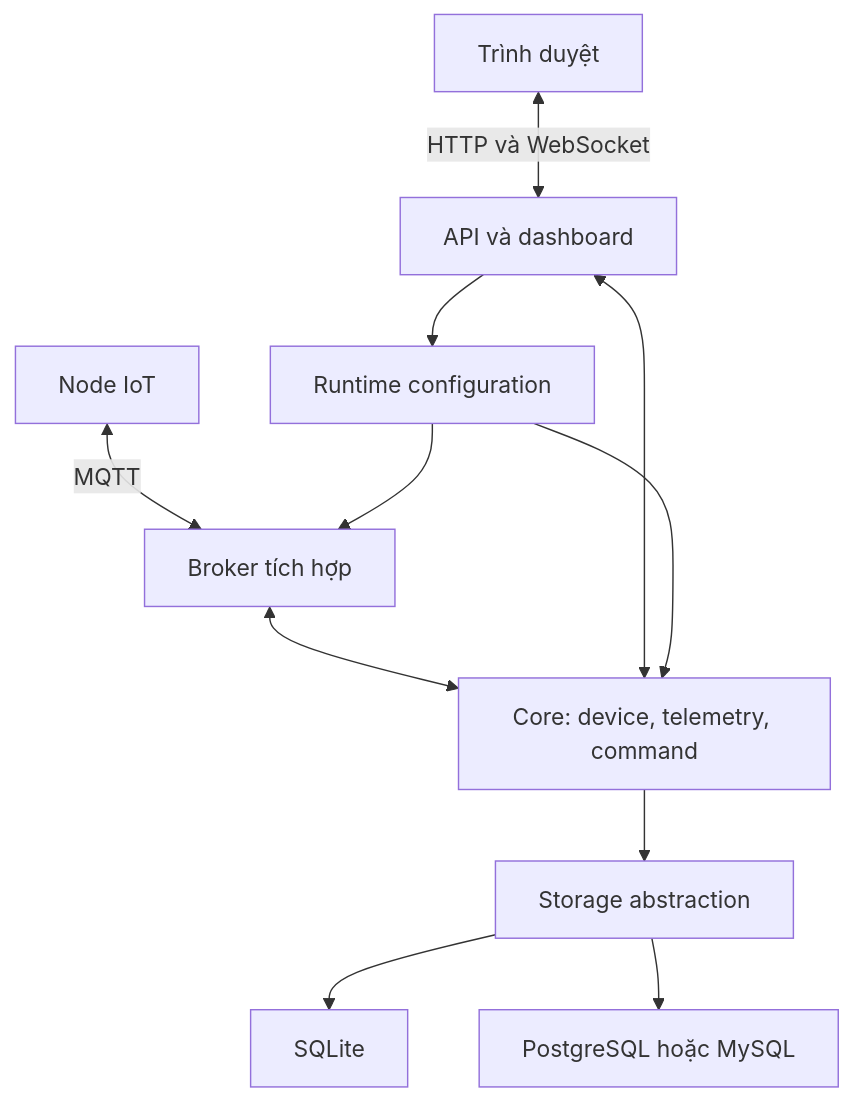
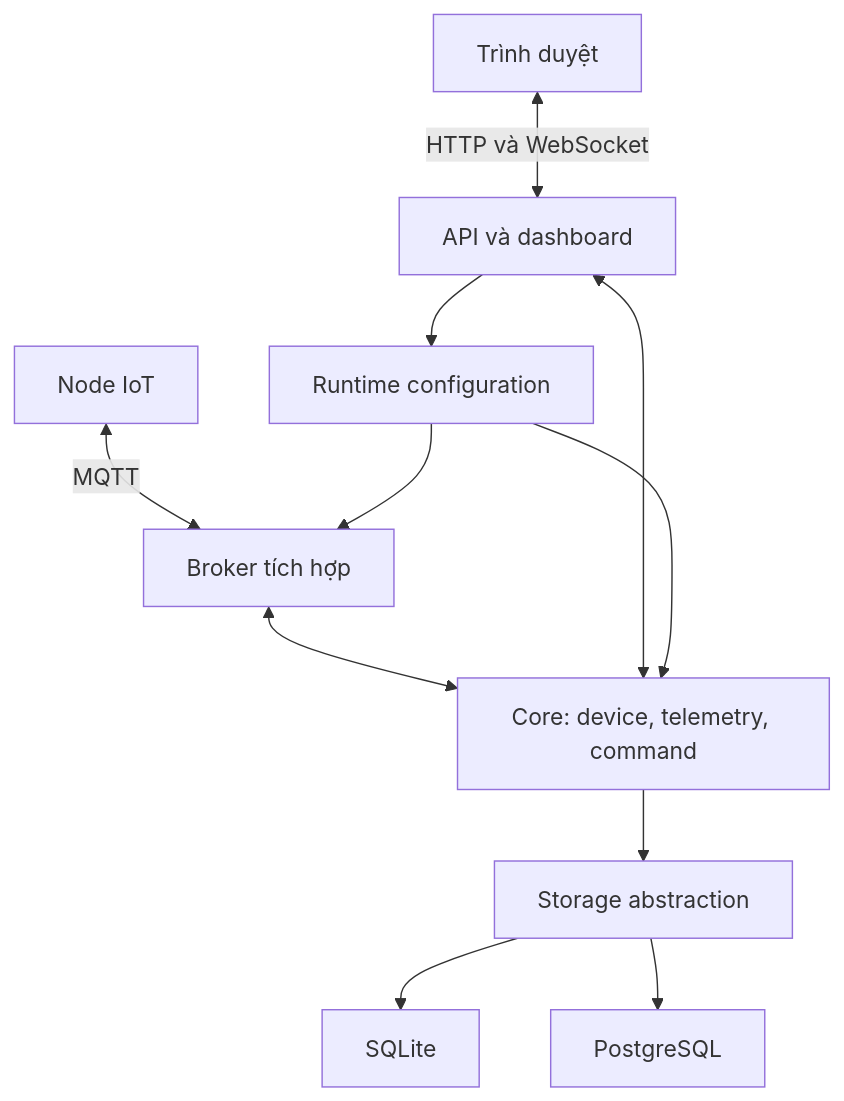
Before and after one commit to chanh-group/iot-platform: the diagram in docs/SPEC.md, drawn with Mermaid. The commit also changed other lines of this file and 10 other files, not shown here.

Commit message:
docs: limit phase 5 to PostgreSQL

````diff
--- a/docs/SPEC.md
+++ b/docs/SPEC.md
@@ -48,13 +48,13 @@
 ```mermaid
 flowchart TD
     N["Node IoT"] <-->|MQTT| M["Broker tích hợp"]
     W["Trình duyệt"] <-->|HTTP và WebSocket| H["API và dashboard"]
     M <--> C["Core: device, telemetry, command"]
     H <--> C
     H --> R["Runtime configuration"]
     R --> M
     R --> C
     C --> D["Storage abstraction"]
     D --> S["SQLite"]
-    D --> P["PostgreSQL hoặc MySQL"]
+    D --> P["PostgreSQL"]
 ```
````
